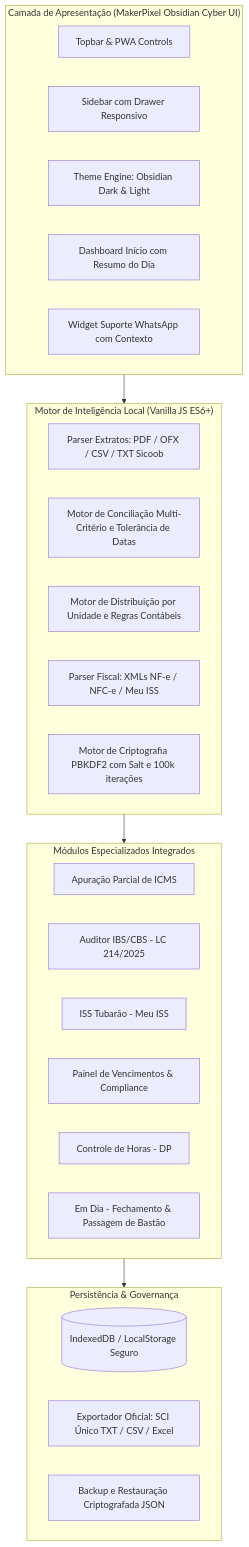
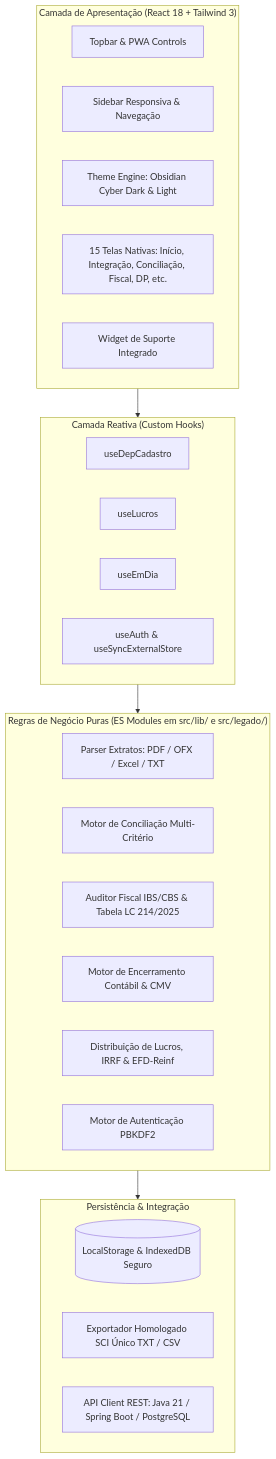
Before and after one commit to Mauricio-G-Oliveira/makerpixel-gestao: the diagram in README.md, drawn with Mermaid. The commit also changed other lines of this file and 232 other files, not shown here.

First line of the commit message:
feat(react): upgrade central platform to React 18, Vite 5, Tailwind 3 and PWA 1.0

````diff
--- a/README.md
+++ b/README.md
@@ -44,37 +38,36 @@
 ```mermaid
 flowchart TD
-    subgraph UI ["Camada de Apresentação (MakerPixel Obsidian Cyber UI)"]
+    subgraph UI ["Camada de Apresentação (React 18 + Tailwind 3)"]
         A[Topbar & PWA Controls]
-        B[Sidebar com Drawer Responsivo]
-        C[Theme Engine: Obsidian Dark & Light]
-        D[Dashboard Início com Resumo do Dia]
-        E[Widget Suporte WhatsApp com Contexto]
+        B[Sidebar Responsiva & Navegação]
+        C[Theme Engine: Obsidian Cyber Dark & Light]
+        D[15 Telas Nativas: Início, Integração, Conciliação, Fiscal, DP, etc.]
+        E[Widget de Suporte Integrado]
     end
 
-    subgraph CoreEngine ["Motor de Inteligência Local (Vanilla JS ES6+)"]
-        F[Parser Extratos: PDF / OFX / CSV / TXT Sicoob]
-        G[Motor de Conciliação Multi-Critério e Tolerância de Datas]
-        H[Motor de Distribuição por Unidade e Regras Contábeis]
-        I[Parser Fiscal: XMLs NF-e / NFC-e / Meu ISS]
-        J[Motor de Criptografia PBKDF2 com Salt e 100k iterações]
+    subgraph Hooks ["Camada Reativa (Custom Hooks)"]
+        H1[useDepCadastro]
+        H2[useLucros]
+        H3[useEmDia]
+        H4[useAuth & useSyncExternalStore]
     end
 
-    subgraph Modules ["Módulos Especializados Integrados"]
-        M1[Apuração Parcial de ICMS]
-        M2[Auditor IBS/CBS - LC 214/2025]
-        M3[ISS Tubarão - Meu ISS]
-        M4[Painel de Vencimentos & Compliance]
-        M5[Controle de Horas - DP]
-        M6[Em Dia - Fechamento & Passagem de Bastão]
+    subgraph CoreEngine ["Regras de Negócio Puras (ES Modules em src/lib/ e src/legado/)"]
+        F1[Parser Extratos: PDF / OFX / Excel / TXT]
+        F2[Motor de Conciliação Multi-Critério]
+        F3[Auditor Fiscal IBS/CBS & Tabela LC 214/2025]
+        F4[Motor de Encerramento Contábil & CMV]
+        F5[Distribuição de Lucros, IRRF & EFD-Reinf]
+        F6[Motor de Autenticação PBKDF2]
     end
 
-    subgraph Storage ["Persistência & Governança"]
-        K[(IndexedDB / LocalStorage Seguro)]
-        L[Exportador Oficial: SCI Único TXT / CSV / Excel]
-        N[Backup e Restauração Criptografada JSON]
+    subgraph Storage ["Persistência & Integração"]
+        S1[(LocalStorage & IndexedDB Seguro)]
+        S2[Exportador Homologado SCI Único TXT / CSV]
+        S3[API Client REST: Java 21 / Spring Boot / PostgreSQL]
     end
 
-    UI --> CoreEngine
-    CoreEngine --> Modules
-    Modules --> Storage
+    UI --> Hooks
+    Hooks --> CoreEngine
+    CoreEngine --> Storage
 ```
````
